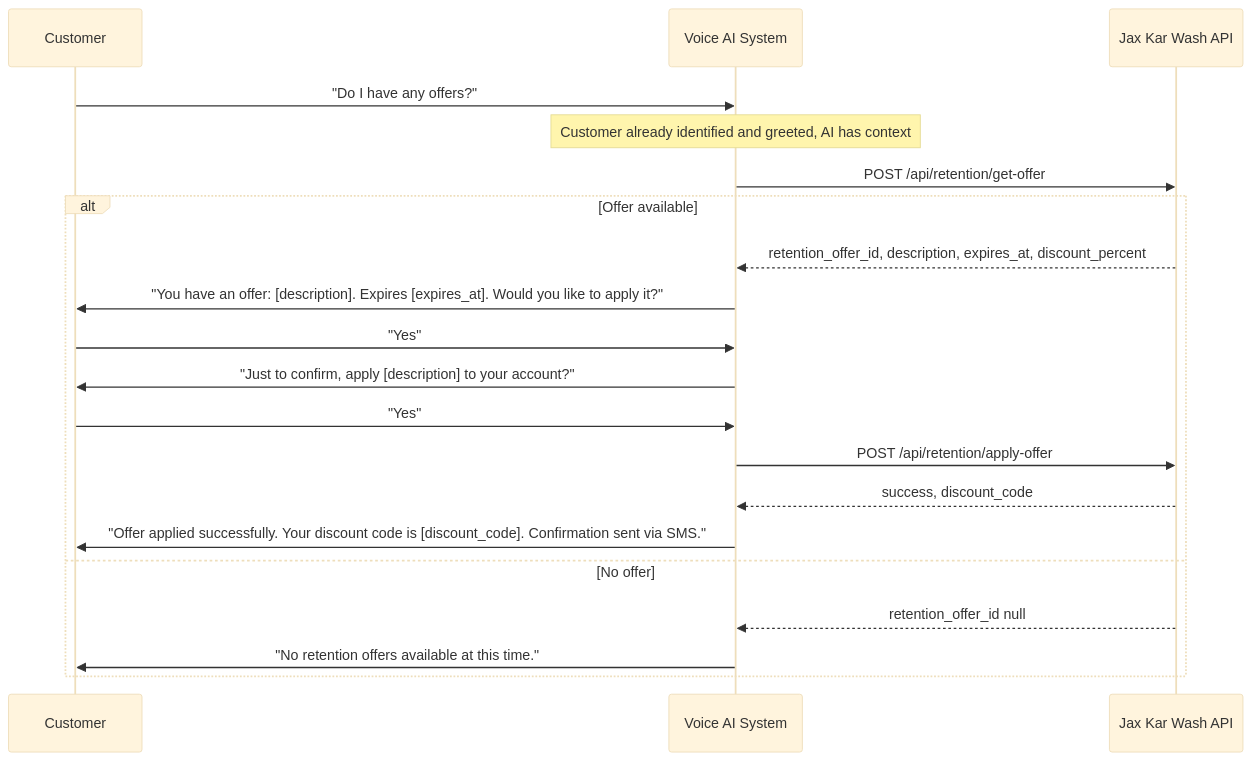
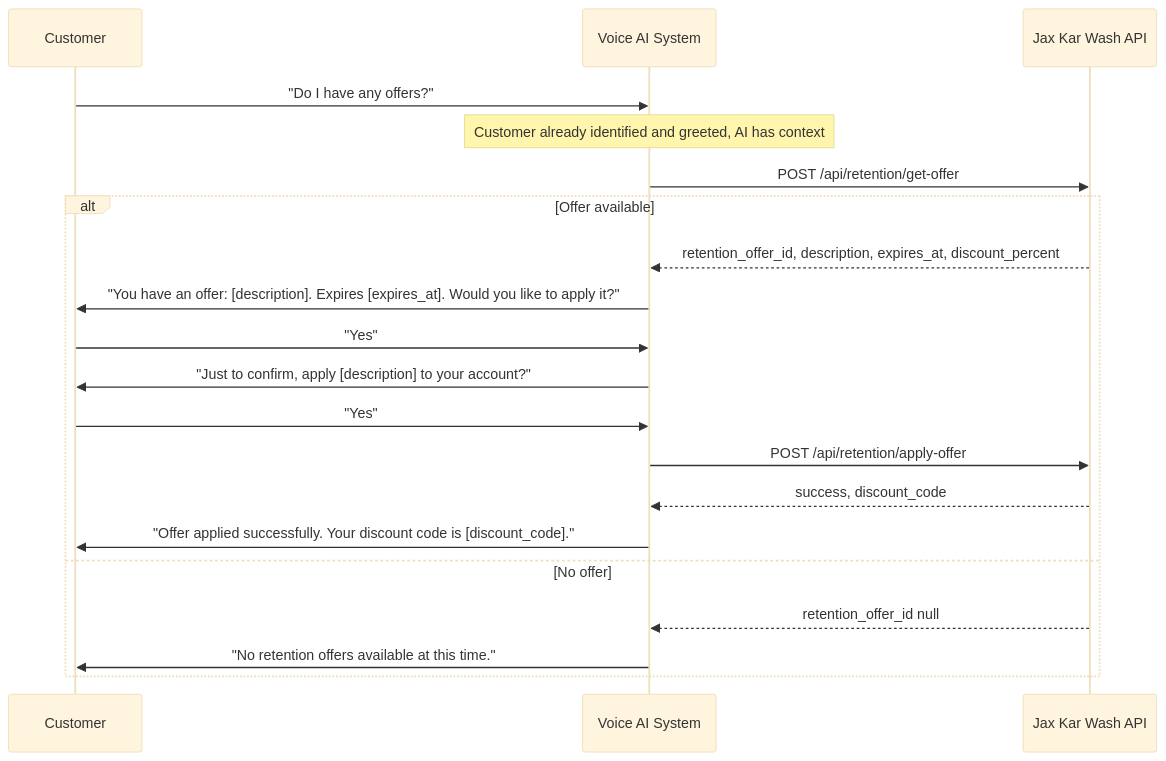
One commit to HelloWash/Public changed the ninth of 12 diagrams in Jax-Kar-Wash-API-Integration–Discussion-Document.md. Above: the diagram before and after it, drawn with Mermaid (base theme). The commit also changed other lines of this file, not shown here.

Commit message:
Update cancellation and offer confirmation messages

````diff
--- a/Jax-Kar-Wash-API-Integration–Discussion-Document.md
+++ b/Jax-Kar-Wash-API-Integration–Discussion-Document.md
@@ -777,23 +776,23 @@
 ```mermaid
 sequenceDiagram
     participant Customer
     participant System as Voice AI System
     participant API as Jax Kar Wash API
 
     Customer->>System: "Do I have any offers?"
     Note over System: Customer already identified and greeted, AI has context
     System->>API: POST /api/retention/get-offer
     alt Offer available
         API-->>System: retention_offer_id, description, expires_at, discount_percent
         System->>Customer: "You have an offer: [description]. Expires [expires_at]. Would you like to apply it?"
         Customer->>System: "Yes"
         System->>Customer: "Just to confirm, apply [description] to your account?"
         Customer->>System: "Yes"
         System->>API: POST /api/retention/apply-offer
         API-->>System: success, discount_code
-        System->>Customer: "Offer applied successfully. Your discount code is [discount_code]. Confirmation sent via SMS."
+        System->>Customer: "Offer applied successfully. Your discount code is [discount_code]."
     else No offer
         API-->>System: retention_offer_id null
         System->>Customer: "No retention offers available at this time."
     end
 ```
````
